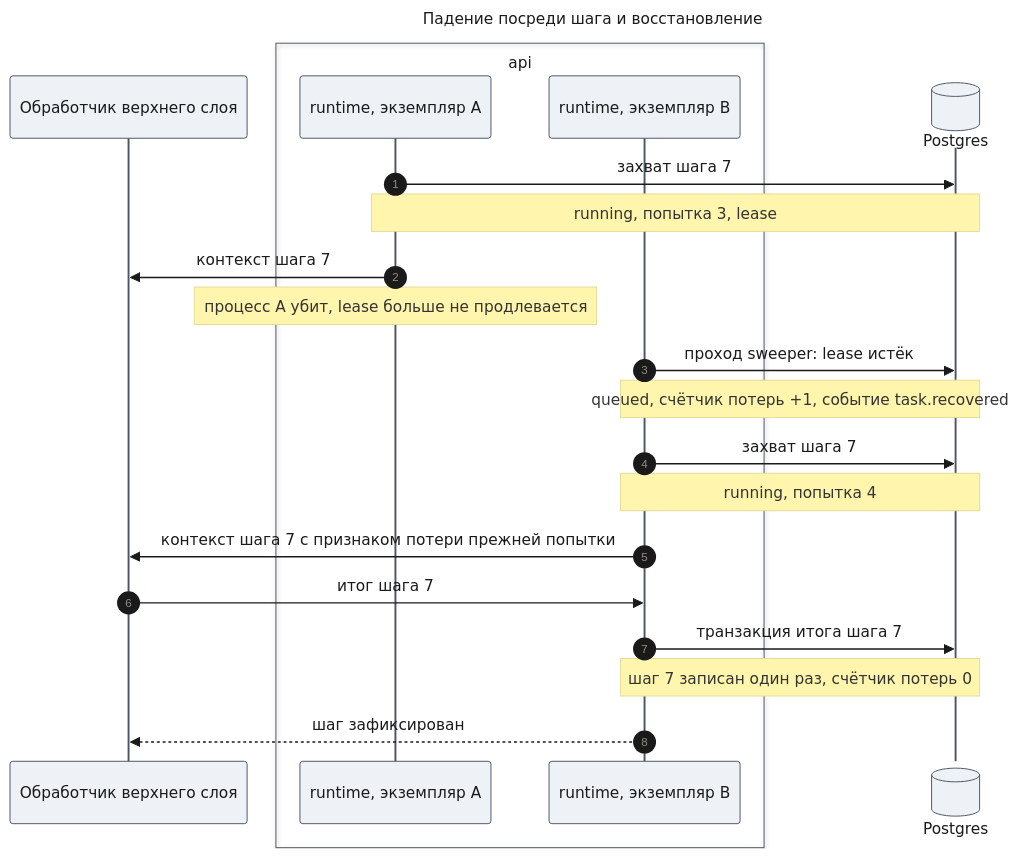
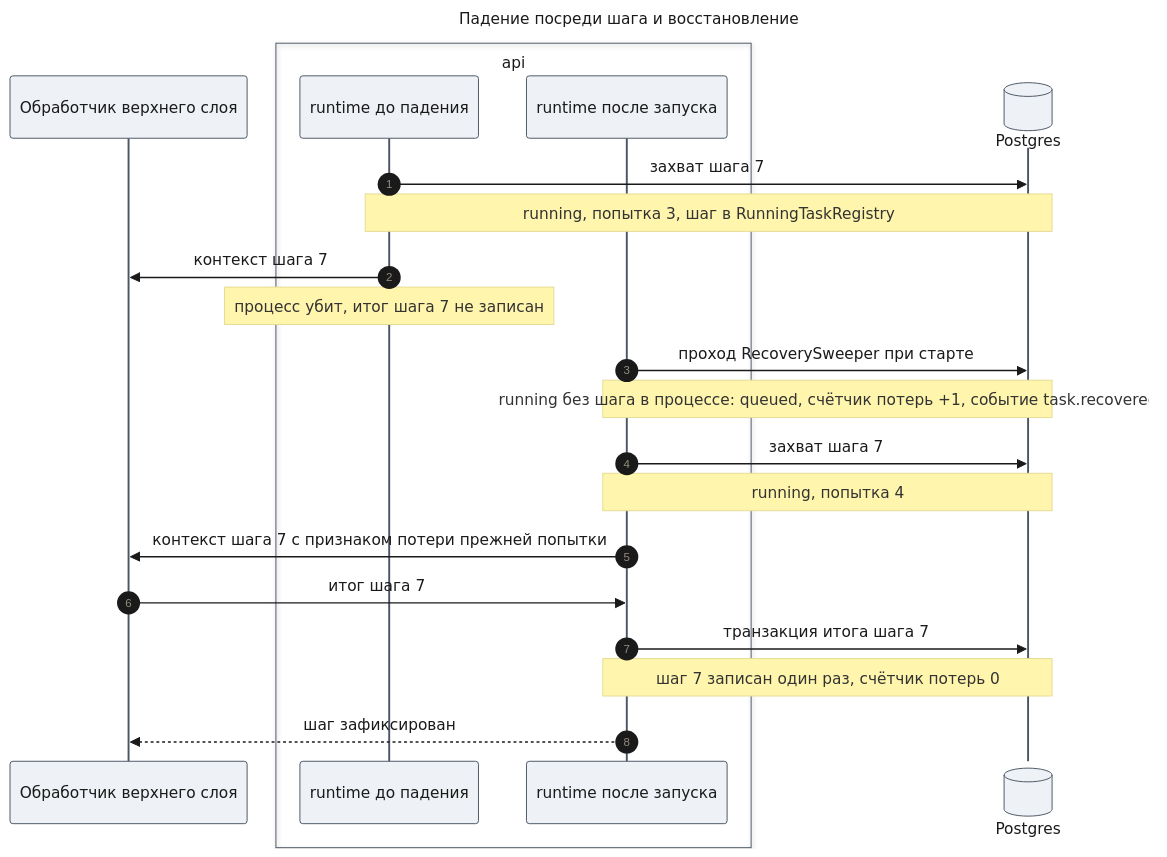
One commit to tundraray/agent-os changed the seventh of 12 diagrams in docs/features/agent-platform/design-runtime.md. Above: the diagram before and after it, drawn with Mermaid. The commit also changed other lines of this file and 1225 other files, not shown here.

````diff
--- a/docs/features/agent-platform/design-runtime.md
+++ b/docs/features/agent-platform/design-runtime.md
@@ -503,45 +473,45 @@
 ```mermaid
 ---
 title: "Падение посреди шага и восстановление"
 config:
   theme: base
   look: classic
   themeVariables:
     primaryColor: "#eef1f5"
     primaryBorderColor: "#4b5563"
     primaryTextColor: "#1a1a1a"
     lineColor: "#6b7280"
   themeCSS: |
     @keyframes lit_f2{0%,11.25%{stroke:#991b1b;stroke-width:6px}12.5%,100%{stroke:#37474f;stroke-width:2px}}
     @keyframes litr_f2{0%,11.25%{stroke:#1d4ed8;stroke-width:6px}12.5%,100%{stroke:#37474f;stroke-width:2px}}
     .messageLine0[data-id='i1'],.messageLine1[data-id='i1']{animation:lit_f2 9.6s linear 0s infinite}
     .messageLine0[data-id='i3'],.messageLine1[data-id='i3']{animation:lit_f2 9.6s linear 1.2s infinite}
     .messageLine0[data-id='i5'],.messageLine1[data-id='i5']{animation:lit_f2 9.6s linear 2.4s infinite}
     .messageLine0[data-id='i7'],.messageLine1[data-id='i7']{animation:lit_f2 9.6s linear 3.6s infinite}
     .messageLine0[data-id='i9'],.messageLine1[data-id='i9']{animation:lit_f2 9.6s linear 4.8s infinite}
     .messageLine0[data-id='i10'],.messageLine1[data-id='i10']{animation:lit_f2 9.6s linear 6s infinite}
     .messageLine0[data-id='i11'],.messageLine1[data-id='i11']{animation:lit_f2 9.6s linear 7.2s infinite}
     .messageLine0[data-id='i13'],.messageLine1[data-id='i13']{animation:litr_f2 9.6s linear 8.4s infinite}
 ---
 sequenceDiagram
     autonumber
     participant H as Обработчик верхнего слоя
     box api
-    participant A as runtime, экземпляр A
-    participant B as runtime, экземпляр B
+    participant A as runtime до падения
+    participant B as runtime после запуска
     end
     participant DB@{ "type": "database" } as Postgres
     A->>DB: захват шага 7
-    Note over A,DB: running, попытка 3, lease
+    Note over A,DB: running, попытка 3, шаг в RunningTaskRegistry
     A->>H: контекст шага 7
-    Note over A: процесс A убит, lease больше не продлевается
-    B->>DB: проход sweeper: lease истёк
-    Note over B,DB: queued, счётчик потерь +1, событие task.recovered
+    Note over A: процесс убит, итог шага 7 не записан
+    B->>DB: проход RecoverySweeper при старте
+    Note over B,DB: running без шага в процессе: queued, счётчик потерь +1, событие task.recovered
     B->>DB: захват шага 7
     Note over B,DB: running, попытка 4
     B->>H: контекст шага 7 с признаком потери прежней попытки
     H->>B: итог шага 7
     B->>DB: транзакция итога шага 7
     Note over B,DB: шаг 7 записан один раз, счётчик потерь 0
     B-->>H: шаг зафиксирован
 ```
````
